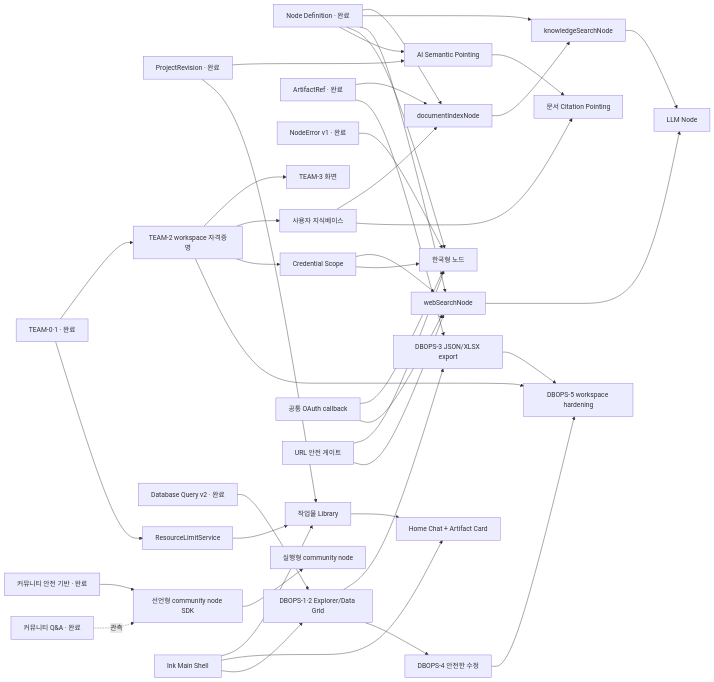
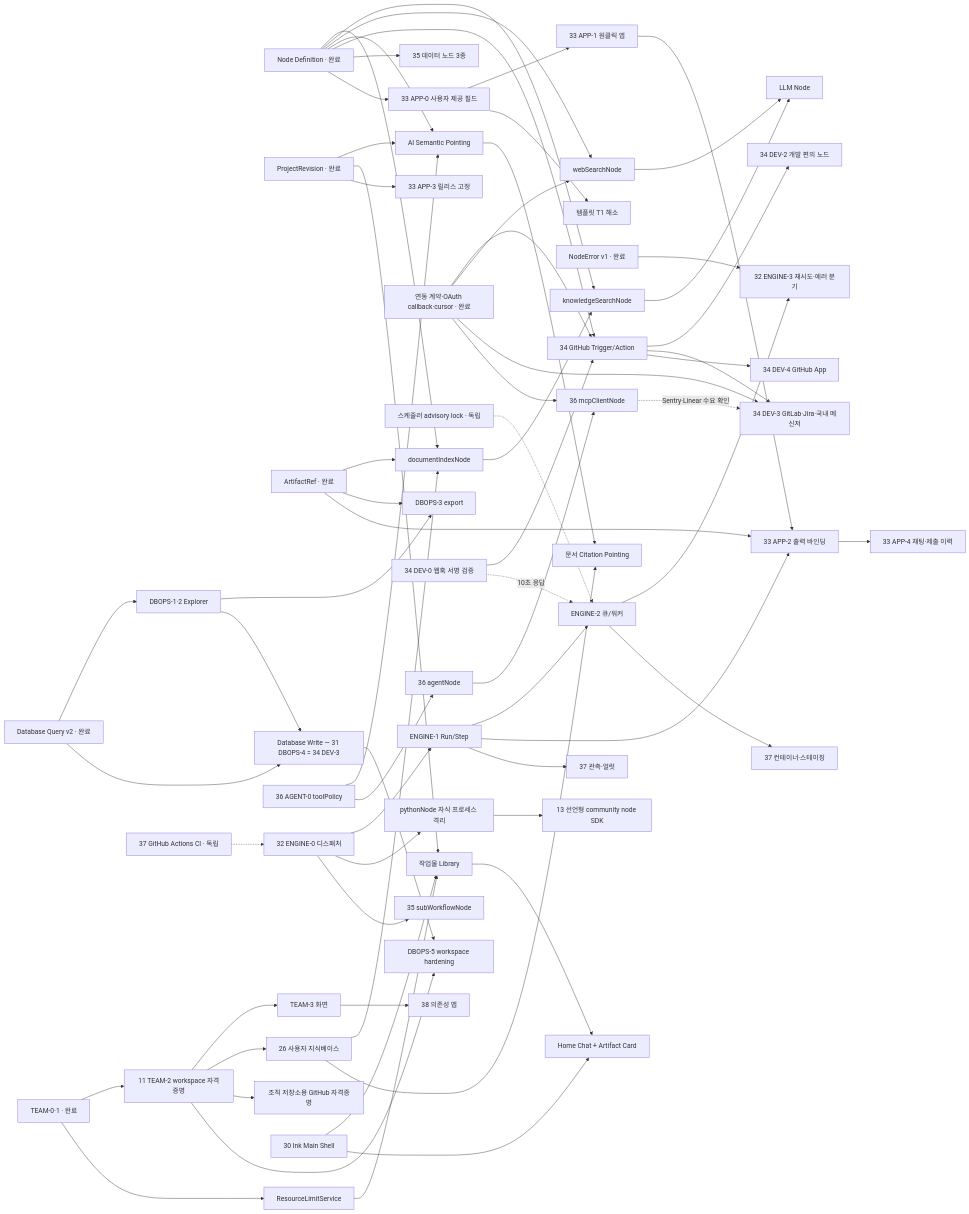
One commit to kimchunsik17/visual_task_automation changed the diagram in Documents/ROADMAP.md. Above: the diagram before and after it, drawn with Mermaid. The commit also changed other lines of this file and 5 other files, not shown here.

First line of the commit message:
docs(roadmap): 로드맵 v3.0 재작성 — 완료분 아카이브, 보고서 2건 편입, 백로그 32~38 신설

````diff
--- a/Documents/ROADMAP.md
+++ b/Documents/ROADMAP.md
@@ -1095,52 +1558,77 @@
 ```mermaid
 flowchart LR
   ND[Node Definition · 완료] --> DINDEX[documentIndexNode]
   ND --> KSEARCH[knowledgeSearchNode]
   ND --> WSEARCH[webSearchNode]
-  ND --> KO[한국형 노드]
   ND --> POINT[AI Semantic Pointing]
+  ND --> GH[34 GitHub Trigger/Action]
+  ND --> DATA3[35 데이터 노드 3종]
+  ND --> APP0[33 APP-0 사용자 제공 필드]
 
   REV[ProjectRevision · 완료] --> POINT
   REV --> LIB[작업물 Library]
+  REV --> APP3[33 APP-3 릴리스 고정]
   ART[ArtifactRef · 완료] --> DINDEX
-  ART --> DBEXPORT[DBOPS-3 JSON/XLSX export]
-  ERR[NodeError v1 · 완료] --> KO
-  SAFE[커뮤니티 안전 기반 · 완료] --> CN
-  DBQ[Database Query v2 · 완료] --> DBREAD[DBOPS-1·2 Explorer/Data Grid]
+  ART --> DBEXPORT[DBOPS-3 export]
+  ART --> APP2[33 APP-2 출력 바인딩]
+  ERR[NodeError v1 · 완료] --> E3[32 ENGINE-3 재시도·에러 분기]
+  CONN[연동 계약·OAuth callback·cursor · 완료] --> GH
+  CONN --> WSEARCH
+  CONN --> DEV3[34 DEV-3 GitLab·Jira·국내 메신저]
+  DBQ[Database Query v2 · 완료] --> DBREAD[DBOPS-1·2 Explorer]
+  DBQ --> DBW[Database Write — 31 DBOPS-4 = 34 DEV-3]
 
-  TEAM0[TEAM-0·1 · 완료] --> TEAM2[TEAM-2 workspace 자격증명]
+  LOCK[스케줄러 advisory lock · 독립] -.-> E2
+  E0[32 ENGINE-0 디스패처] --> E1[ENGINE-1 Run/Step]
+  E1 --> E2[ENGINE-2 큐/워커]
+  E2 --> E3
+  E0 --> PYISO[pythonNode 자식 프로세스 격리]
+  PYISO --> CN[13 선언형 community node SDK]
+  E0 --> SUBWF[35 subWorkflowNode]
+  E1 --> APP2
+  E1 --> OBS[37 관측·얼럿]
+  E2 --> CONTAINER[37 컨테이너·스테이징]
+
+  DEV0[34 DEV-0 웹훅 서명 검증] --> GH
+  GH --> DEV2[34 DEV-2 개발 편의 노드]
+  GH --> DEV3
+  DEV0 -.10초 응답.-> E2
+  GH --> GHAPP[34 DEV-4 GitHub App]
+
+  APP0 --> APP1[33 APP-1 원클릭 앱]
+  APP0 --> T1[템플릿 T1 해소]
+  APP1 --> APP2
+  APP2 --> APP4[33 APP-4 채팅·제출 이력]
+
+  POLICY[36 AGENT-0 toolPolicy] --> POINT
+  POLICY --> AGENT[36 agentNode]
+  AGENT --> MCP[36 mcpClientNode]
+  CONN --> MCP
+  MCP -.Sentry·Linear 수요 확인.-> DEV3
+
+  TEAM0[TEAM-0·1 · 완료] --> TEAM2[11 TEAM-2 workspace 자격증명]
   TEAM0 --> LIMIT[ResourceLimitService]
   TEAM2 --> TEAM3[TEAM-3 화면]
-  TEAM2 --> KB[사용자 지식베이스]
-  TEAM2 --> CRED[Credential Scope]
-  CRED --> WSEARCH
-  CRED --> KO
-
-  OAUTH[공통 OAuth callback] --> KO
-  OAUTH --> WSEARCH
+  TEAM2 --> KB[26 사용자 지식베이스]
+  TEAM2 --> GHWS[조직 저장소용 GitHub 자격증명]
+  TEAM2 --> DBWS[DBOPS-5 workspace hardening]
+  TEAM3 --> DEPMAP[38 의존성 맵]
 
   KB --> DINDEX
   DINDEX --> KSEARCH
   KSEARCH --> LLM[LLM Node]
   WSEARCH --> LLM
   KB --> DOCPOINT[문서 Citation Pointing]
   POINT --> DOCPOINT
 
-  URLGATE[URL 안전 게이트] --> KO
-  URLGATE --> WSEARCH
-
   LIMIT --> LIB
-  INK[Ink Main Shell] --> LIB
+  INK[30 Ink Main Shell] --> LIB
   INK --> HCHAT[Home Chat + Artifact Card]
-  INK --> DBREAD
   LIB --> HCHAT
 
   DBREAD --> DBEXPORT
-  DBREAD --> DBEDIT[DBOPS-4 안전한 수정]
-  TEAM2 --> DBWS[DBOPS-5 workspace hardening]
-  DBEDIT --> DBWS
-  DBEXPORT --> DBWS
+  DBREAD --> DBW
+  DBW --> DBWS
 
-  QNA[커뮤니티 Q&A · 완료] -.관측.-> CN[선언형 community node SDK]
-  CN --> EXEC[실행형 community node]
+  CI[37 GitHub Actions CI · 독립] -.-> E0
 ```
````
